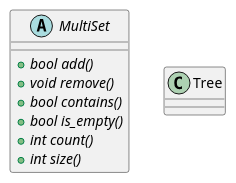
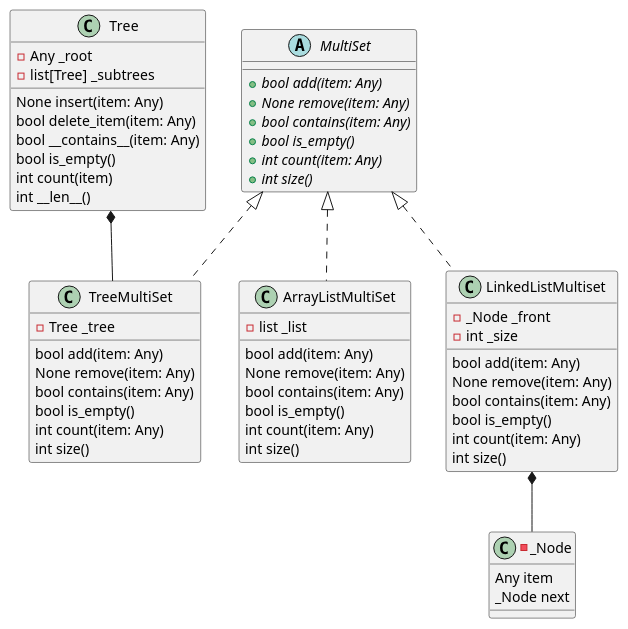
Before and after one commit to alessiacodes/multiset-adt: the diagram in python/test.puml, drawn with PlantUML. The commit also changed 5 other files, not shown here.

Commit message:
finished uml

```diff
--- a/python/test.puml
+++ b/python/test.puml
@@ -1,16 +1,71 @@
 @startuml
 
 'check the italics is sufficient'
 abstract MultiSet{
-    +{abstract} bool add()
-    +{abstract} void remove()
-    +{abstract} bool contains()
+    +{abstract} bool add(item: Any)
+    +{abstract} None remove(item: Any)
+    +{abstract} bool contains(item: Any)
     +{abstract} bool is_empty()
-    +{abstract} int count()
+    +{abstract} int count(item: Any)
     +{abstract} int size()
 
 }
 
 class Tree{
+    -Any _root
+    -list[Tree] _subtrees
+
+    None insert(item: Any)
+    bool delete_item(item: Any)
+    bool __contains__(item: Any)
+    bool is_empty()
+    int count(item)
+    int __len__()
+
 }
+
+class TreeMultiSet{
+    -Tree _tree
+    bool add(item: Any)
+    None remove(item: Any)
+    bool contains(item: Any)
+    bool is_empty()
+    int count(item: Any)
+    int size()
+}
+
+class ArrayListMultiSet{
+    -list _list
+
+    bool add(item: Any)
+    None remove(item: Any)
+    bool contains(item: Any)
+    bool is_empty()
+    int count(item: Any)
+    int size()
+}
+
+class LinkedListMultiset {
+    -_Node _front
+    -int _size
+
+    bool add(item: Any)
+    None remove(item: Any)
+    bool contains(item: Any)
+    bool is_empty()
+    int count(item: Any)
+    int size()
+}
+
+-class _Node{
+    Any item
+    _Node next
+}
+
+MultiSet <|.. TreeMultiSet
+MultiSet <|.. ArrayListMultiSet
+MultiSet <|.. LinkedListMultiset
+LinkedListMultiset *-- _Node
+Tree *-- TreeMultiSet
+
 @enduml
```
